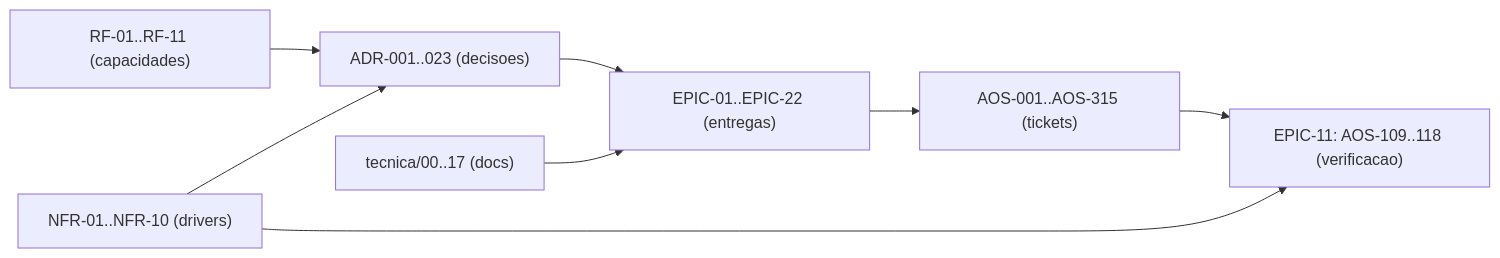
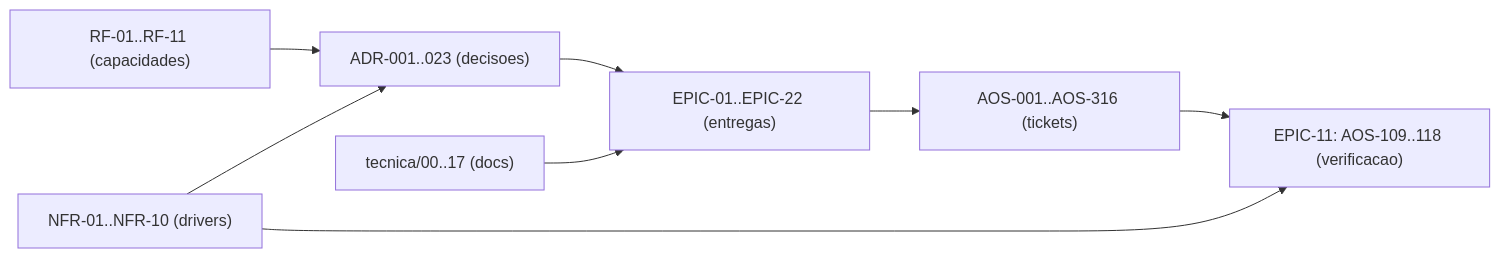
Before and after one commit to albinoJimy/aos: the diagram in tecnica/16_Rastreabilidade_RTM.md, drawn with Mermaid. The commit also changed other lines of this file and 2 other files, not shown here.

First line of the commit message:
feat(EPIC-22): abrir AOS-316 — o selftest.sh corrompe trabalho em curso quando concorrente

````diff
--- a/tecnica/16_Rastreabilidade_RTM.md
+++ b/tecnica/16_Rastreabilidade_RTM.md
@@ -176,10 +176,10 @@
 ```mermaid
 flowchart LR
     RF["RF-01..RF-11 (capacidades)"] --> ADR["ADR-001..023 (decisoes)"]
     NFR["NFR-01..NFR-10 (drivers)"] --> ADR
     ADR --> EPIC["EPIC-01..EPIC-22 (entregas)"]
-    EPIC --> TICK["AOS-001..AOS-315 (tickets)"]
+    EPIC --> TICK["AOS-001..AOS-316 (tickets)"]
     DOC["tecnica/00..17 (docs)"] --> EPIC
     TICK --> TEST["EPIC-11: AOS-109..118 (verificacao)"]
     NFR --> TEST
 ```
````
